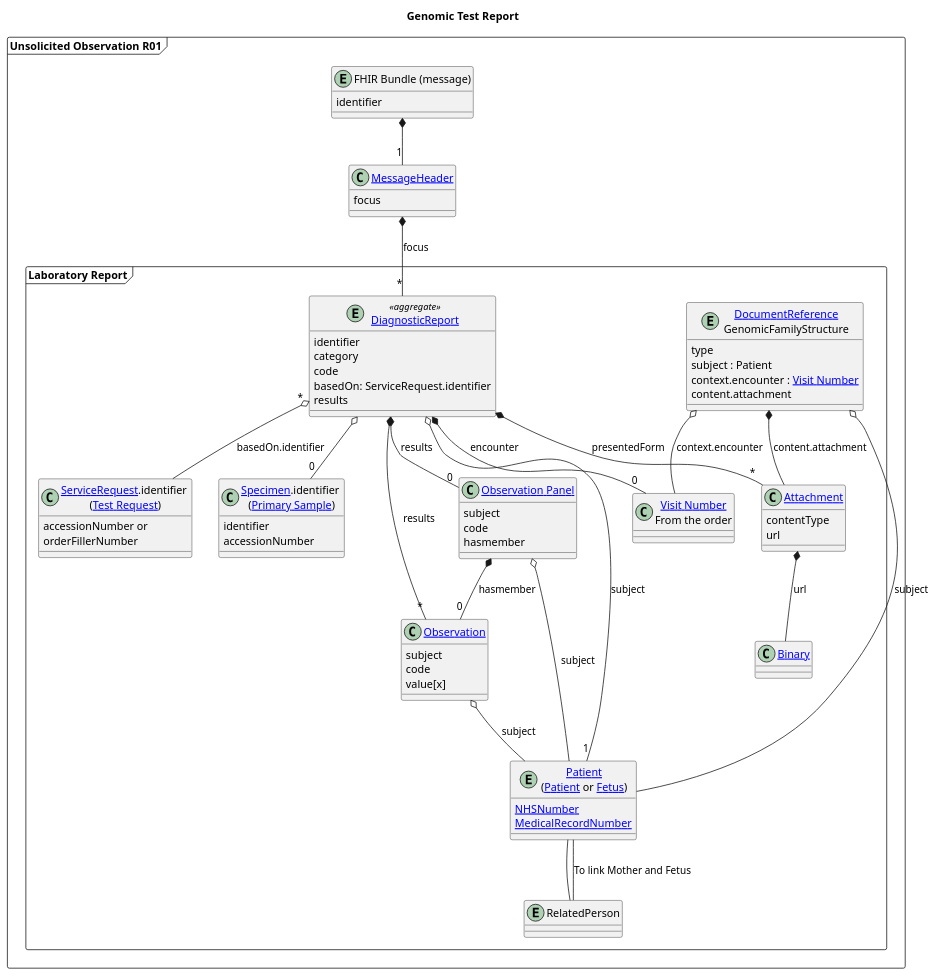
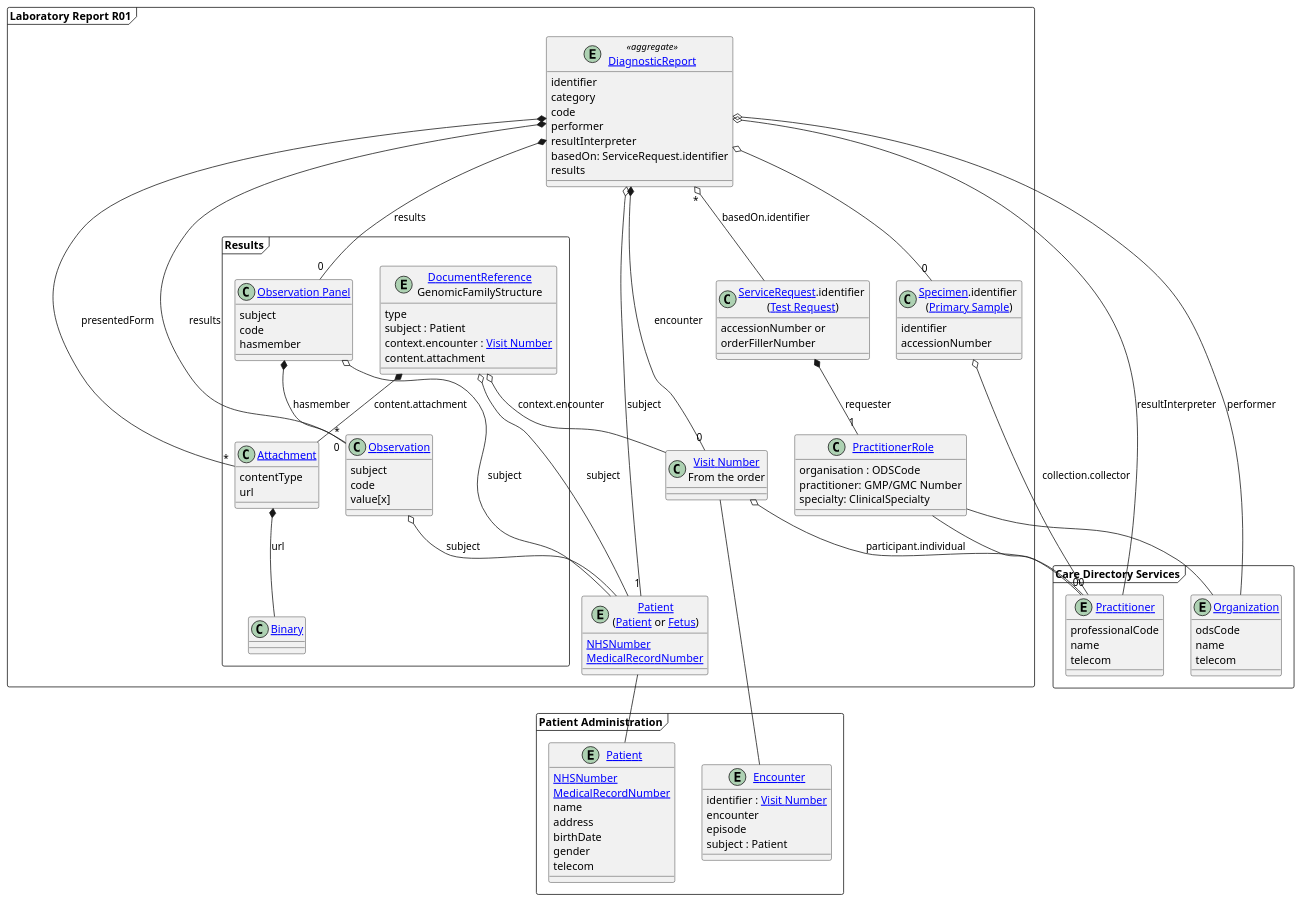
Before and after one commit to nw-gmsa/nw-gmsa.github.com: the diagram in input/images-source/reports-model.plantuml, drawn with PlantUML. The commit also changed 1 other file, not shown here.

```diff
--- a/input/images-source/reports-model.plantuml
+++ b/input/images-source/reports-model.plantuml
@@ -1,96 +1,147 @@
 @startuml
 
 skinparam svgDimensionStyle false
 
-title "Genomic Test Report"
 
-frame "Unsolicited Observation R01" as Message {
+  frame "Laboratory Report R01" as Composition {
 
-entity "FHIR Bundle (message)" as oru {
-identifier
-}
 
-class "[[StructureDefinition-MessageHeader.html MessageHeader]]" as MSH {
- focus
-}
+    entity "[[StructureDefinition-DiagnosticReport.html DiagnosticReport]]" as OBR <<aggregate>> {
+         identifier
+         category
+         code
+         performer
+         resultInterpreter
+         basedOn: ServiceRequest.identifier
+         results
+         }
 
-  frame "Laboratory Report" as Composition {
-     entity "[[StructureDefinition-Patient.html Patient]]\n([[https://simplifier.net/guide/fhir-genomics-implementation-guide/Home/Design/Clinicalheadings#Patient Patient]] or [[https://simplifier.net/guide/fhir-genomics-implementation-guide/Home/Design/Clinicalheadings#Fetus Fetus]])" as PID {
+
+    entity "[[StructureDefinition-Patient.html Patient]]\n([[https://simplifier.net/guide/fhir-genomics-implementation-guide/Home/Design/Clinicalheadings#Patient Patient]] or [[https://simplifier.net/guide/fhir-genomics-implementation-guide/Home/Design/Clinicalheadings#Fetus Fetus]])" as PID {
     [[StructureDefinition-NHSNumber.html NHSNumber]]
     [[StructureDefinition-MedicalRecordNumber.html MedicalRecordNumber]]
     }
 
     class "[[StructureDefinition-VisitNumber.html Visit Number]]\nFrom the order" as PV1 {
     }
 
     class "[[StructureDefinition-ServiceRequest.html ServiceRequest]].identifier \n([[https://simplifier.net/guide/fhir-genomics-implementation-guide/Home/Design/Clinicalheadings#Test-Request Test Request]])" as ORC {
       accessionNumber or
       orderFillerNumber
     }
 
     class "[[StructureDefinition-Specimen.html Specimen]].identifier \n([[https://simplifier.net/guide/fhir-genomics-implementation-guide/Home/Design/Clinicalheadings#Primary-Sample Primary Sample]])" as SPM {
     identifier
     accessionNumber
     }
 
-   class "[[StructureDefinition-Observation.html Observation]]" as OBX {
-     subject
-     code
-     value[x]
+    frame Results {
+
+         class "[[StructureDefinition-Observation.html Observation]]" as OBX {
+           subject
+           code
+           value[x]
+            }
+
+
+            class "[[StructureDefinition-Observation-Panel.html Observation Panel]]" as panel {
+            subject
+            code
+            hasmember
+            }
+
+         entity "[[StructureDefinition-DocumentReference.html DocumentReference]]\nGenomicFamilyStructure" as documentReference {
+                 type
+                 subject : Patient
+                 context.encounter : [[StructureDefinition-VisitNumber.html Visit Number]]
+                content.attachment
+              }
+
+
+          class "[[StructureDefinition-NWAttachment.html Attachment]]" as OBX2 {
+          contentType
+          url
+          }
+
+          class "[[StructureDefinition-Binary.html Binary]]" as binary
+    }
+    class "[[StructureDefinition-PractitionerRole.html PractitionerRole]]" as STF {
+       organisation : ODSCode
+       practitioner: GMP/GMC Number
+       specialty: ClinicalSpecialty
       }
 
 
-      class "[[StructureDefinition-Observation-Panel.html Observation Panel]]" as panel {
-      subject
-      code
-      hasmember
-      }
-
-   entity "[[StructureDefinition-DocumentReference.html DocumentReference]]\nGenomicFamilyStructure" as documentReference {
-           type
-           subject : Patient
-           context.encounter : [[StructureDefinition-VisitNumber.html Visit Number]]
-          content.attachment
-        }
-
-
-    entity "[[StructureDefinition-DiagnosticReport.html DiagnosticReport]]" as OBR <<aggregate>> {
-         identifier
-         category
-         code
-         basedOn: ServiceRequest.identifier
-         results
-    }
-    class "[[StructureDefinition-NWAttachment.html Attachment]]" as OBX2 {
-    contentType
-    url
-    }
-    class "[[StructureDefinition-Binary.html Binary]]" as binary
-
-
-    entity "RelatedPerson" as NK1
 
      panel *-d- "0" OBX: hasmember
   }
-}
 
-oru *-d- "1" MSH
-MSH *-d- "*" OBR: focus
+  frame "Patient Administration" {
+
+   entity "[[StructureDefinition-Encounter.html Encounter]]" as encounter {
+      identifier : [[StructureDefinition-VisitNumber.html Visit Number]]
+      encounter
+      episode
+      subject : Patient
+      }
+
+      entity "[[StructureDefinition-Patient.html Patient]]" as patient {
+       [[StructureDefinition-NHSNumber.html NHSNumber]]
+        [[StructureDefinition-MedicalRecordNumber.html MedicalRecordNumber]]
+        name
+        address
+        birthDate
+        gender
+        telecom
+      }
+
+
+  }
+
+  frame "Care Directory Services" {
+
+    entity "[[StructureDefinition-Practitioner.html Practitioner]]" as practitioner {
+    professionalCode
+    name
+    telecom
+    }
+
+    entity "[[StructureDefinition-Organizationr.html Organization]]" as organisation {
+     odsCode
+     name
+     telecom
+    }
+
+  }
+
+
+OBR o-- practitioner: resultInterpreter
+OBR o-- organisation: performer
+
 OBR o-- "0" SPM
 OBR "*" o--  ORC : basedOn.identifier
 OBR o-- "1" PID : subject
 OBR *-- "0" PV1 : encounter
 OBR *-- "*" OBX : results
 OBR *-- "0" panel: results
 OBR *-- "*" OBX2: presentedForm
-NK1 -- PID : To link Mother and Fetus
-PID -- NK1
+
+
+
+  ORC *-- "1" STF: requester
+  SPM o-- "0" practitioner: collection.collector
+  PV1 o-- "0" practitioner: participant.individual
 
 OBX o-- PID: subject
 panel o-- PID: subject
 documentReference o-- PID: subject
 documentReference *-- OBX2: content.attachment
 documentReference o-- PV1: context.encounter
 OBX2 *-- binary : url
 
+ PV1 -- encounter
+  PID -- patient
+  STF -- practitioner
+  STF -- organisation
+
 @enduml
```
